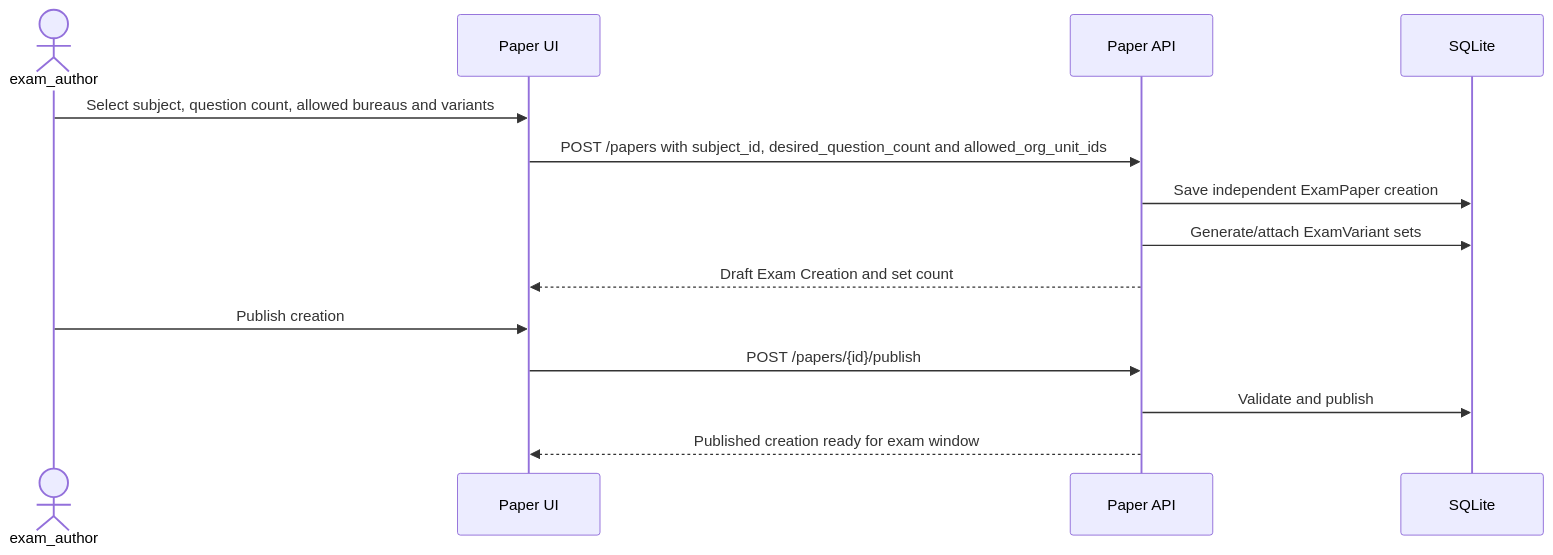
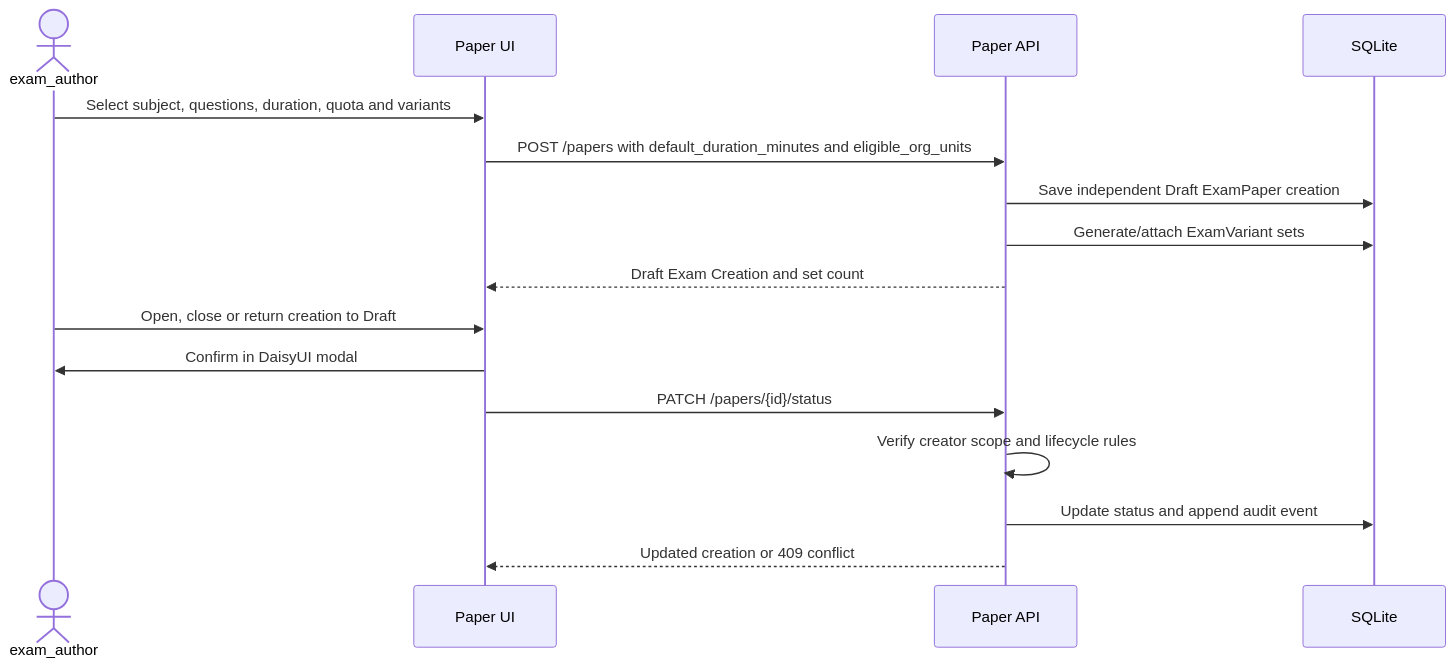
One commit to idev006/MTExam changed diagram 12 of 19 in doc/workflows/use-case-sequence-diagrams.md. Above: the diagram before and after it, drawn with Mermaid. The commit also changed 18 other files, not shown here.

Commit message:
feat: manage exam paper duration and lifecycle

````diff
--- a/doc/workflows/use-case-sequence-diagrams.md
+++ b/doc/workflows/use-case-sequence-diagrams.md
@@ -211,16 +211,18 @@
 ```mermaid
 sequenceDiagram
     actor E as exam_author
     participant UI as Paper UI
     participant API as Paper API
     participant DB as SQLite
-    E->>UI: Select subject, question count, allowed bureaus and variants
-    UI->>API: POST /papers with subject_id, desired_question_count and allowed_org_unit_ids
-    API->>DB: Save independent ExamPaper creation
+    E->>UI: Select subject, questions, duration, quota and variants
+    UI->>API: POST /papers with default_duration_minutes and eligible_org_units
+    API->>DB: Save independent Draft ExamPaper creation
     API->>DB: Generate/attach ExamVariant sets
     API-->>UI: Draft Exam Creation and set count
-    E->>UI: Publish creation
-    UI->>API: POST /papers/{id}/publish
-    API->>DB: Validate and publish
-    API-->>UI: Published creation ready for exam window
+    E->>UI: Open, close or return creation to Draft
+    UI->>E: Confirm in DaisyUI modal
+    UI->>API: PATCH /papers/{id}/status
+    API->>API: Verify creator scope and lifecycle rules
+    API->>DB: Update status and append audit event
+    API-->>UI: Updated creation or 409 conflict
 ```
````
